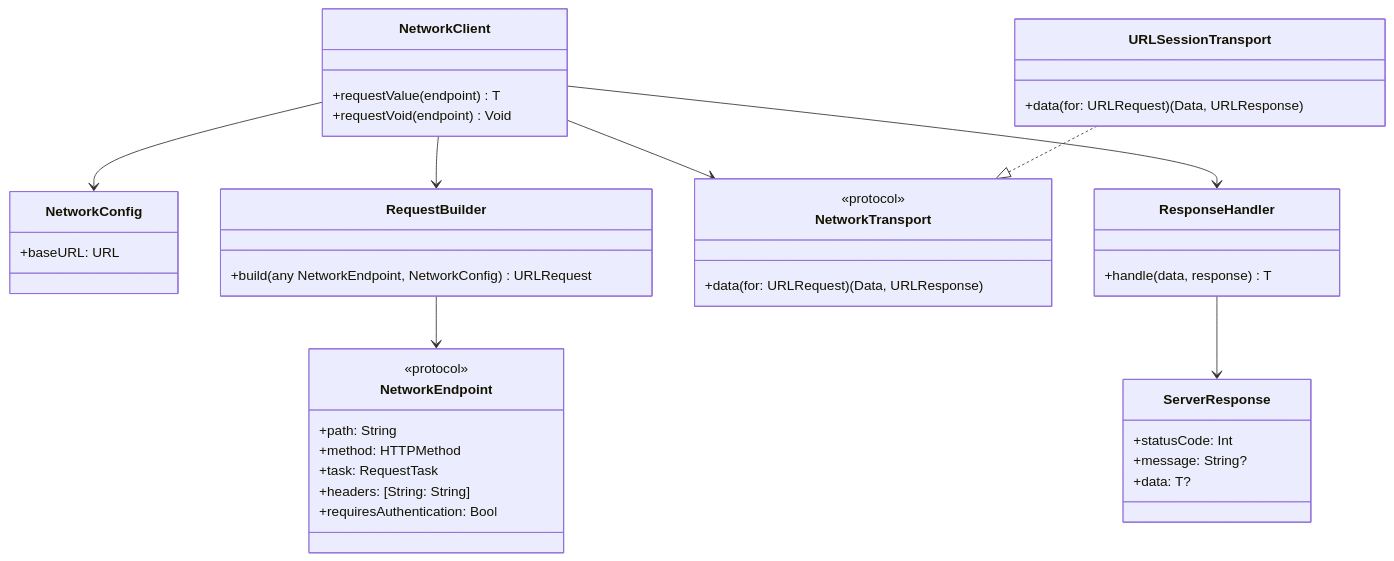
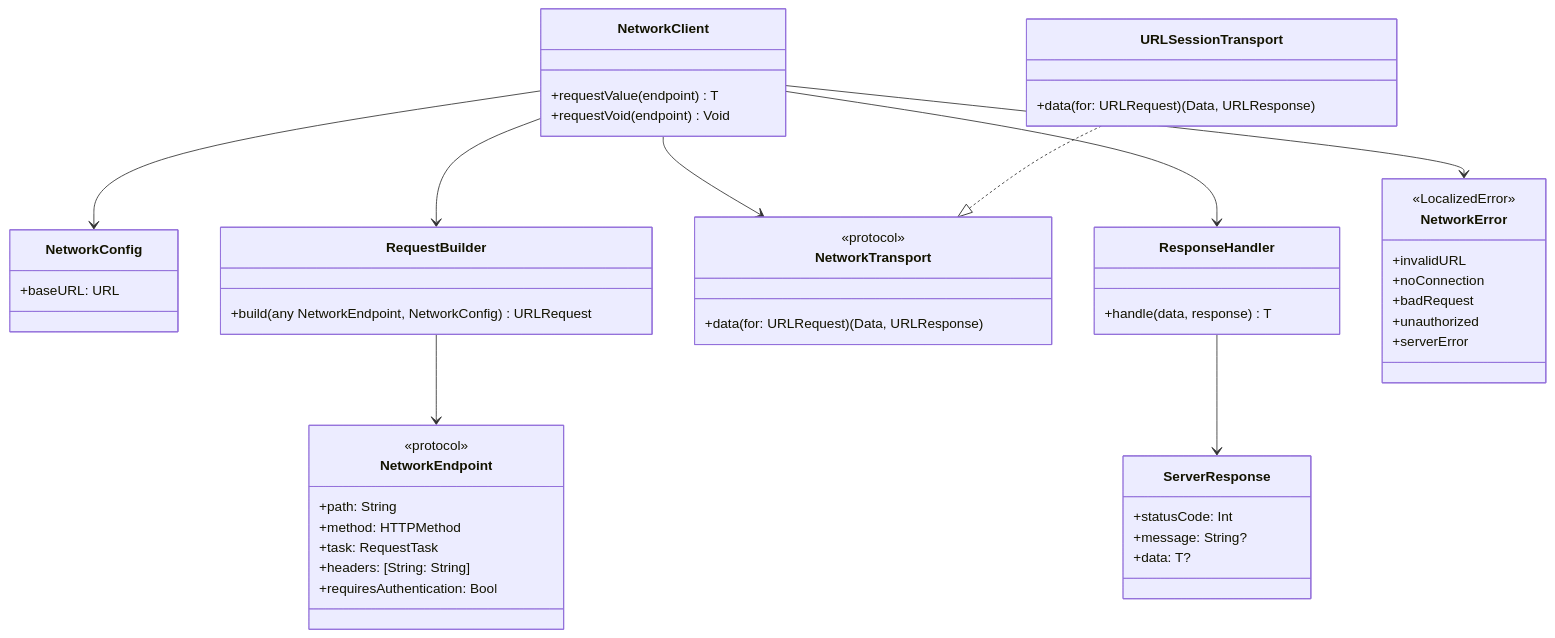
One commit to mediunn/Livith-iOS changed the third of 8 diagrams in Projects/LivithNetworking/README.md. Above: the diagram before and after it, drawn with Mermaid. The commit also changed other lines of this file and 9 other files, not shown here.

First line of the commit message:
[Feat] LIVD-298 - NetworkError 세분화 및 LocalizedError 채택

````diff
--- a/Projects/LivithNetworking/README.md
+++ b/Projects/LivithNetworking/README.md
@@ -51,51 +51,61 @@
 ```mermaid
 classDiagram
     class NetworkClient {
         +requestValue(endpoint) T
         +requestVoid(endpoint) Void
     }
 
     class NetworkConfig {
         +baseURL: URL
     }
 
     class NetworkEndpoint {
         <<protocol>>
         +path: String
         +method: HTTPMethod
         +task: RequestTask
         +headers: [String: String]
         +requiresAuthentication: Bool
     }
 
     class RequestBuilder {
         +build(any NetworkEndpoint, NetworkConfig) URLRequest
     }
 
     class NetworkTransport {
         <<protocol>>
         +data(for: URLRequest) (Data, URLResponse)
     }
 
     class URLSessionTransport {
         +data(for: URLRequest) (Data, URLResponse)
     }
 
     class ResponseHandler {
         +handle(data, response) T
     }
 
+    class NetworkError {
+        <<LocalizedError>>
+        +invalidURL
+        +noConnection
+        +badRequest
+        +unauthorized
+        +serverError
+    }
+
     class ServerResponse {
         +statusCode: Int
         +message: String?
         +data: T?
     }
 
     NetworkClient --> NetworkConfig
     NetworkClient --> RequestBuilder
     NetworkClient --> NetworkTransport
     NetworkClient --> ResponseHandler
+    NetworkClient --> NetworkError
     URLSessionTransport ..|> NetworkTransport
     RequestBuilder --> NetworkEndpoint
     ResponseHandler --> ServerResponse
 ```
````
